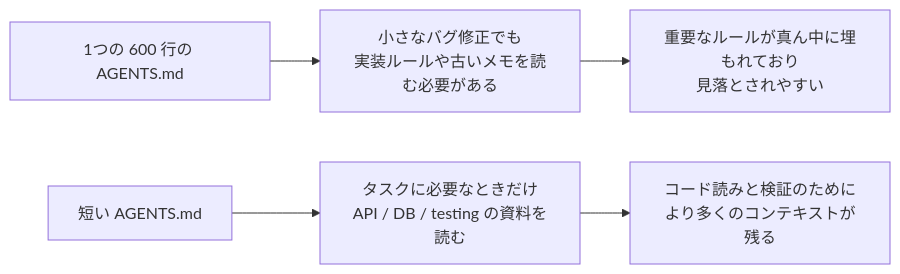
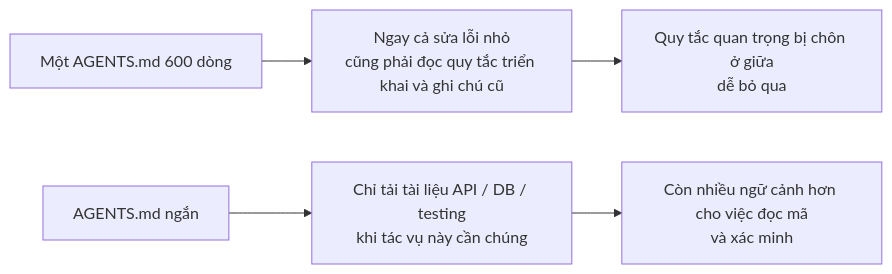
Before and after one commit to mkusaka/learn-harness-engineering: the first of 2 diagrams in docs/vi/lectures/lecture-04-why-one-giant-instruction-file-fails/index.md, drawn with Mermaid. The commit also changed other lines of this file and 684 other files, not shown here.

````diff
--- a/docs/vi/lectures/lecture-04-why-one-giant-instruction-file-fails/index.md
+++ b/docs/vi/lectures/lecture-04-why-one-giant-instruction-file-fails/index.md
@@ -39,8 +39,8 @@
 ```mermaid
 flowchart LR
-    Mono["1つの 600 行の AGENTS.md"] --> MonoLoad["小さなバグ修正でも<br/>実装ルールや古いメモを読む必要がある"]
-    MonoLoad --> MonoRisk["重要なルールが真ん中に埋もれており<br/>見落とされやすい"]
+    Mono["Một AGENTS.md 600 dòng"] --> MonoLoad["Ngay cả sửa lỗi nhỏ<br/>cũng phải đọc quy tắc triển khai và ghi chú cũ"]
+    MonoLoad --> MonoRisk["Quy tắc quan trọng bị chôn ở giữa<br/>dễ bỏ qua"]
 
-    Router["短い AGENTS.md"] --> Topics["タスクに必要なときだけ<br/>API / DB / testing の資料を読む"]
-    Topics --> RoutedResult["コード読みと検証のために<br/>より多くのコンテキストが残る"]
+    Router["AGENTS.md ngắn"] --> Topics["Chỉ tải tài liệu API / DB / testing<br/>khi tác vụ này cần chúng"]
+    Topics --> RoutedResult["Còn nhiều ngữ cảnh hơn cho việc đọc mã<br/>và xác minh"]
 ```
````
